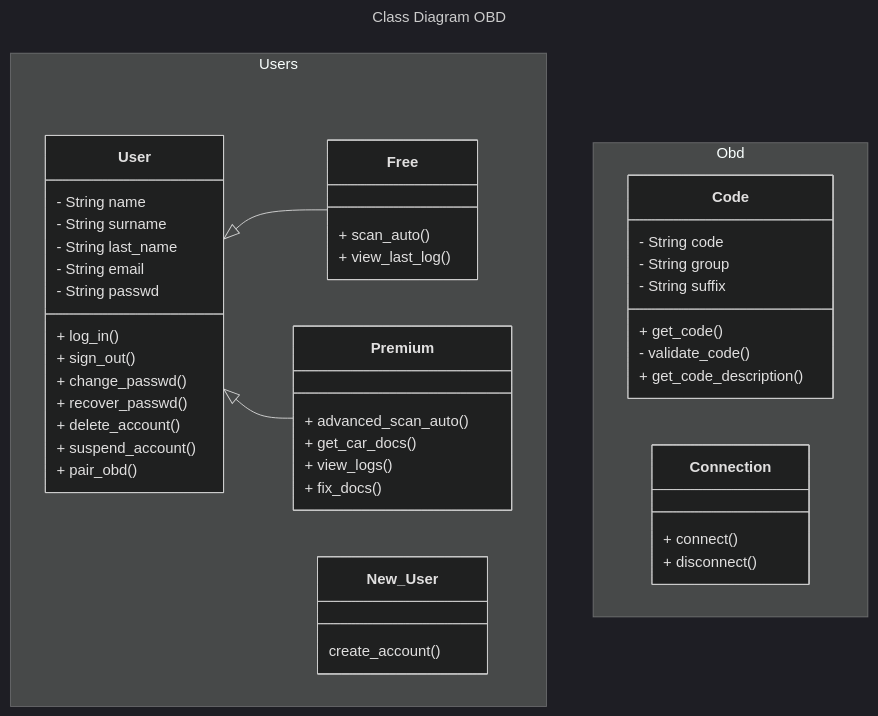
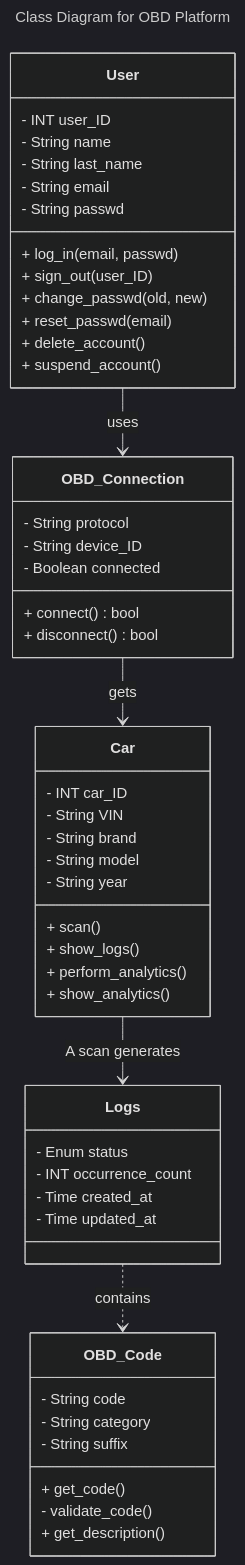
The diagram in docs/modeling/diagrama-de-clases/diagrama-de-clases.mmd (Jcee02/Laboratorio_Abierto_Dise-o_IL372), drawn with Mermaid (dark theme) before and after one commit. The commit also changed other lines of this file and 5 other files, not shown here.

```diff
--- a/docs/modeling/diagrama-de-clases/diagrama-de-clases.mmd
+++ b/docs/modeling/diagrama-de-clases/diagrama-de-clases.mmd
@@ -1,64 +1,63 @@
 ---
-title: Class Diagram OBD
+title: Class Diagram for OBD Platform
 ---
 classDiagram
   %% Relationtships
-  User <|-- Free
-  User <|-- Premium
+  User --> OBD_Connection : uses
+  OBD_Connection --> Car: gets
+  Car --> Logs: A scan generates
+  Logs ..> OBD_Code: contains
 
-  namespace Users {
+  class User {
+    - INT user_ID
+    - String name
+    - String last_name
+    - String email
+    - String passwd
 
-    class New_User {
-      create_account()
-    }
-
-    class User {
-      - String name
-      - String surname
-      - String last_name
-      - String email
-      - String passwd
-
-      %% Account Managment
-      + log_in()
-      + sign_out()
-      + change_passwd()
-      + recover_passwd()
-      + delete_account()
-      + suspend_account()
-
-      %% Functionalities
-      + pair_obd()
-    }
-
-    class Free {
-      + scan_auto()
-      + view_last_log()
-    }
-
-    class Premium {
-      %% NOTE: We could implement IA
-      + advanced_scan_auto()
-      + get_car_docs()
-      + view_logs()
-      + fix_docs()
-    }
+    + log_in(email, passwd)
+    + sign_out(user_ID)
+    + change_passwd(old, new)
+    + reset_passwd(email)
+    + delete_account()
+    + suspend_account()
   }
 
-  namespace Obd {
-    class Code {
-      - String code
-      - String group
-      - String suffix
+  class Car {
+    - INT car_ID
+    - String VIN
+    - String brand
+    - String model
+    - String year
 
-      + get_code()
-      %% TODO: Rename set_group_and_code() for validate_code()
-      - validate_code()
-      + get_code_description()
-    }
+    + scan()
+    + show_logs()
+    + perform_analytics()
+    + show_analytics()
+  }
 
-    class Connection {
-      + connect()
-      + disconnect()
-    }
-}
+  class Logs {
+    - Enum status
+    - INT occurrence_count
+    - Time created_at
+    - Time updated_at
+  }
+
+  class OBD_Code {
+    - String code
+    - String category
+    - String suffix
+
+    + get_code()
+    - validate_code()
+    + get_description()
+  }
+
+  class OBD_Connection {
+    - String protocol
+    - String device_ID
+    - Boolean connected
+
+    + connect() bool
+    + disconnect() bool
+  }
```
